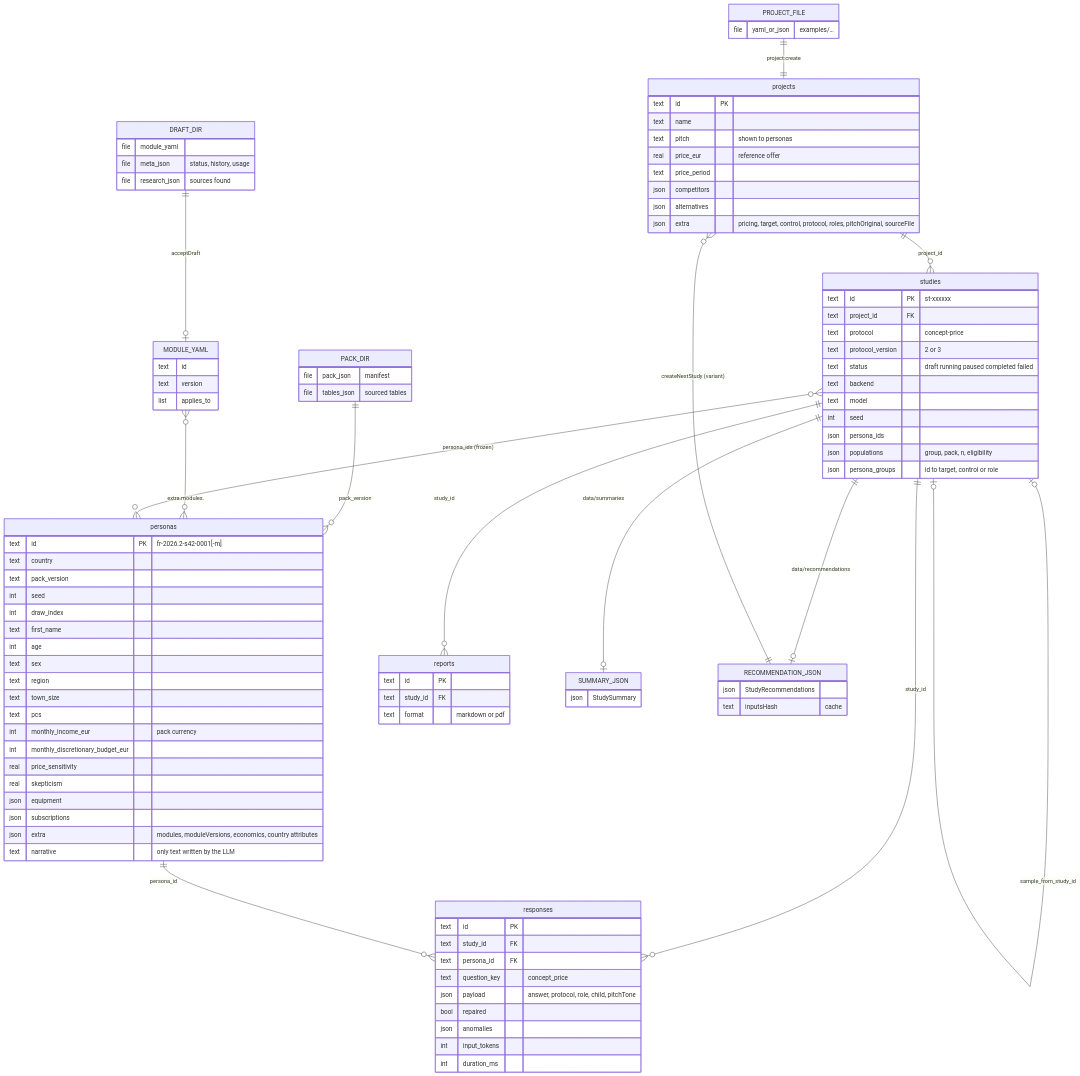
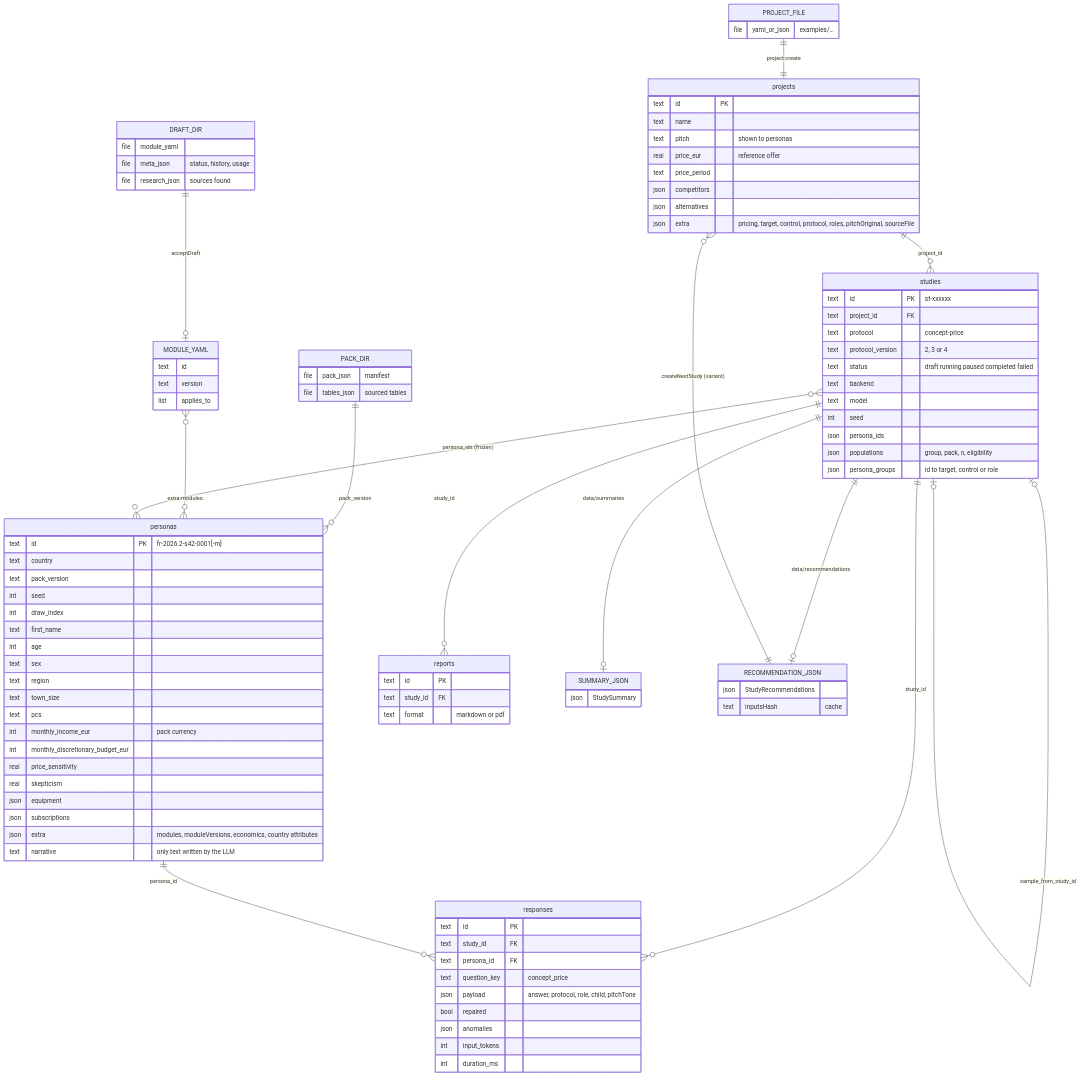
The second of 8 diagrams in docs/architecture.md (ArmanetPierre/personas), drawn with Mermaid before and after one commit. The commit also changed other lines of this file and 345 other files, not shown here.

```diff
--- a/docs/architecture.md
+++ b/docs/architecture.md
@@ -129,7 +129,7 @@
         text id PK "st-xxxxxx"
         text project_id FK
         text protocol "concept-price"
-        text protocol_version "2 or 3"
+        text protocol_version "2, 3 or 4"
         text status "draft running paused completed failed"
         text backend
         text model
```
